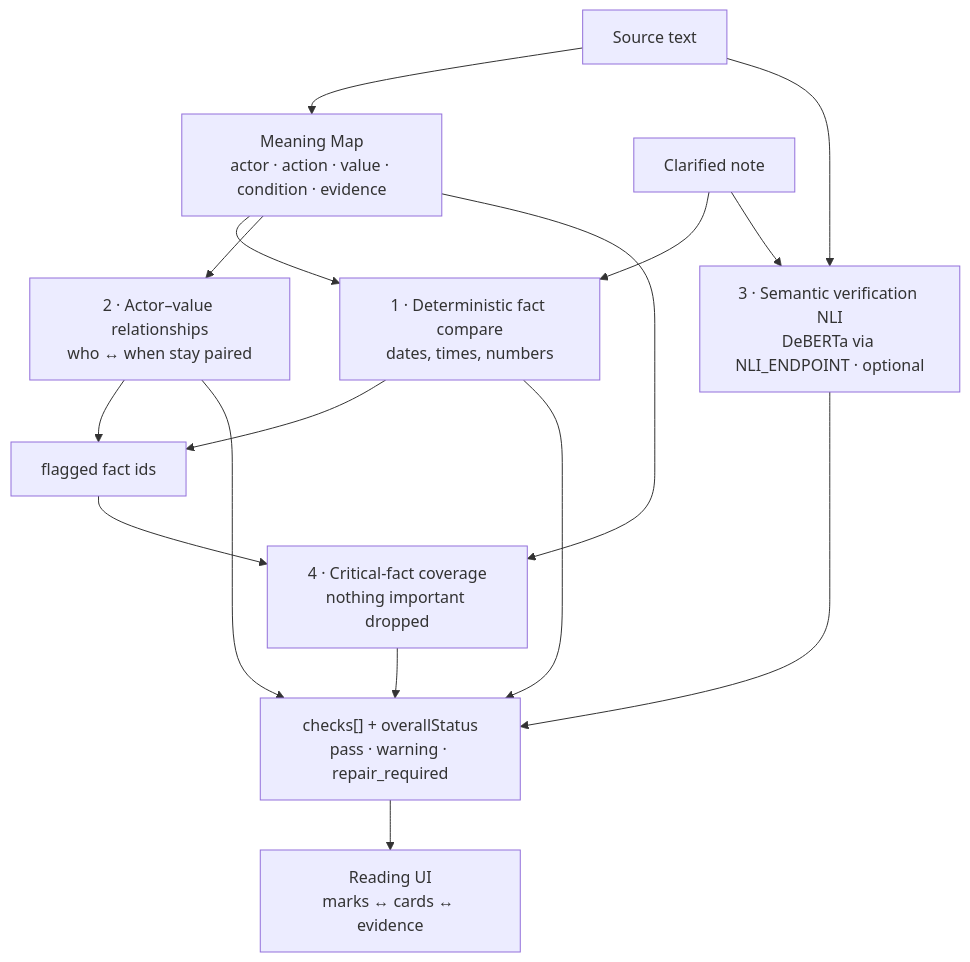
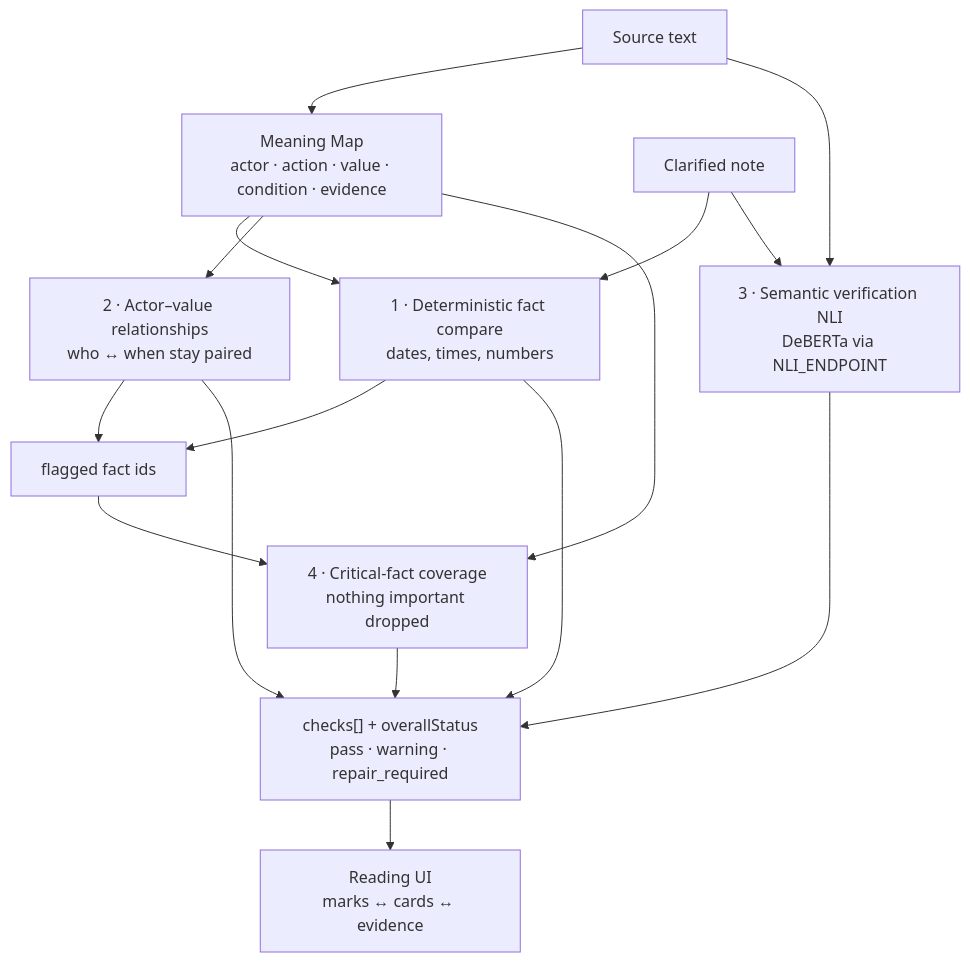
Before and after one commit to Iron-Mark/appcon-lumiere-linawai: the second of 2 diagrams in README.md, drawn with Mermaid. The commit also changed other lines of this file and 10 other files, not shown here.

````diff
--- a/README.md
+++ b/README.md
@@ -149,15 +142,15 @@
 ```mermaid
 flowchart TD
   SRC[Source text] --> MAP[Meaning Map<br/>actor · action · value · condition · evidence]
   ADP[Clarified note] --> L1
   MAP --> L1[1 · Deterministic fact compare<br/>dates, times, numbers]
   MAP --> L2[2 · Actor–value relationships<br/>who ↔ when stay paired]
-  SRC --> L3[3 · Semantic verification NLI<br/>DeBERTa via NLI_ENDPOINT · optional]
+  SRC --> L3[3 · Semantic verification NLI<br/>DeBERTa via NLI_ENDPOINT]
   ADP --> L3
   L1 --> FLAG[flagged fact ids]
   L2 --> FLAG
   FLAG --> L4[4 · Critical-fact coverage<br/>nothing important dropped]
   MAP --> L4
   L1 & L2 & L3 & L4 --> OUT["checks[] + overallStatus<br/>pass · warning · repair_required"]
   OUT --> UI[Reading UI<br/>marks ↔ cards ↔ evidence]
 ```
````
